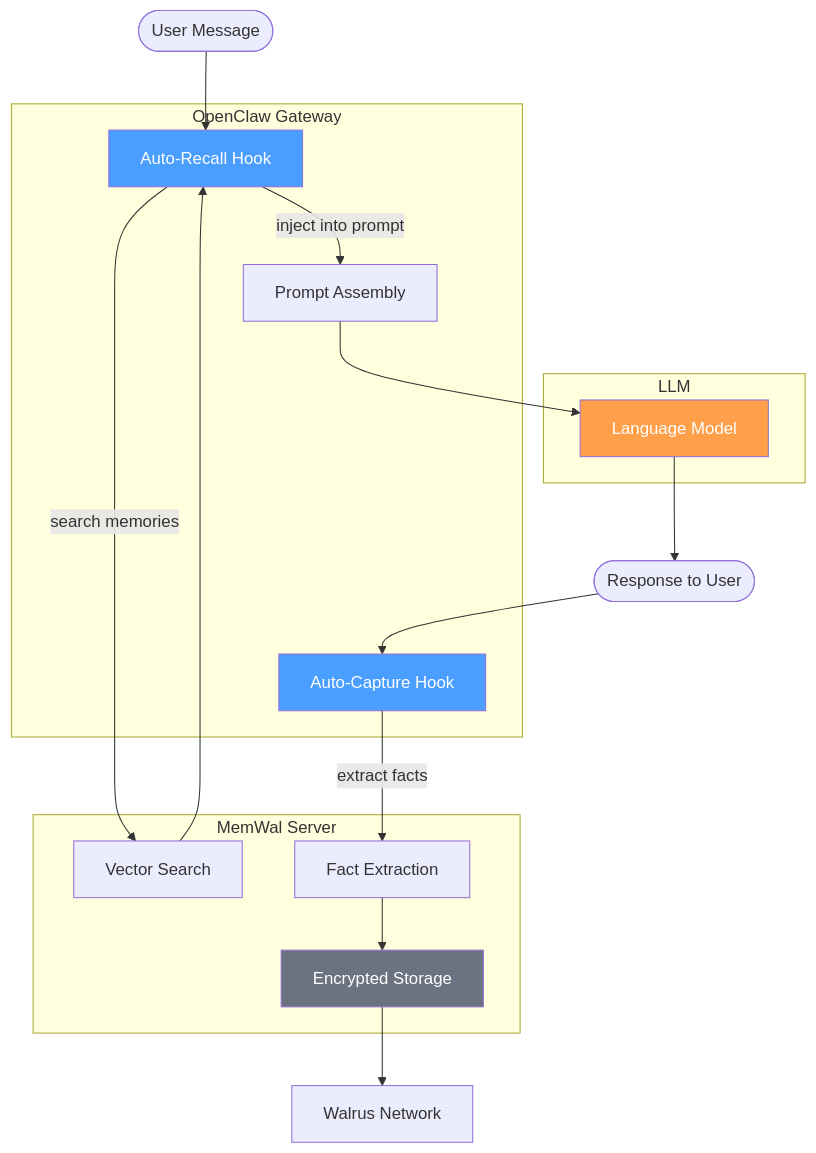
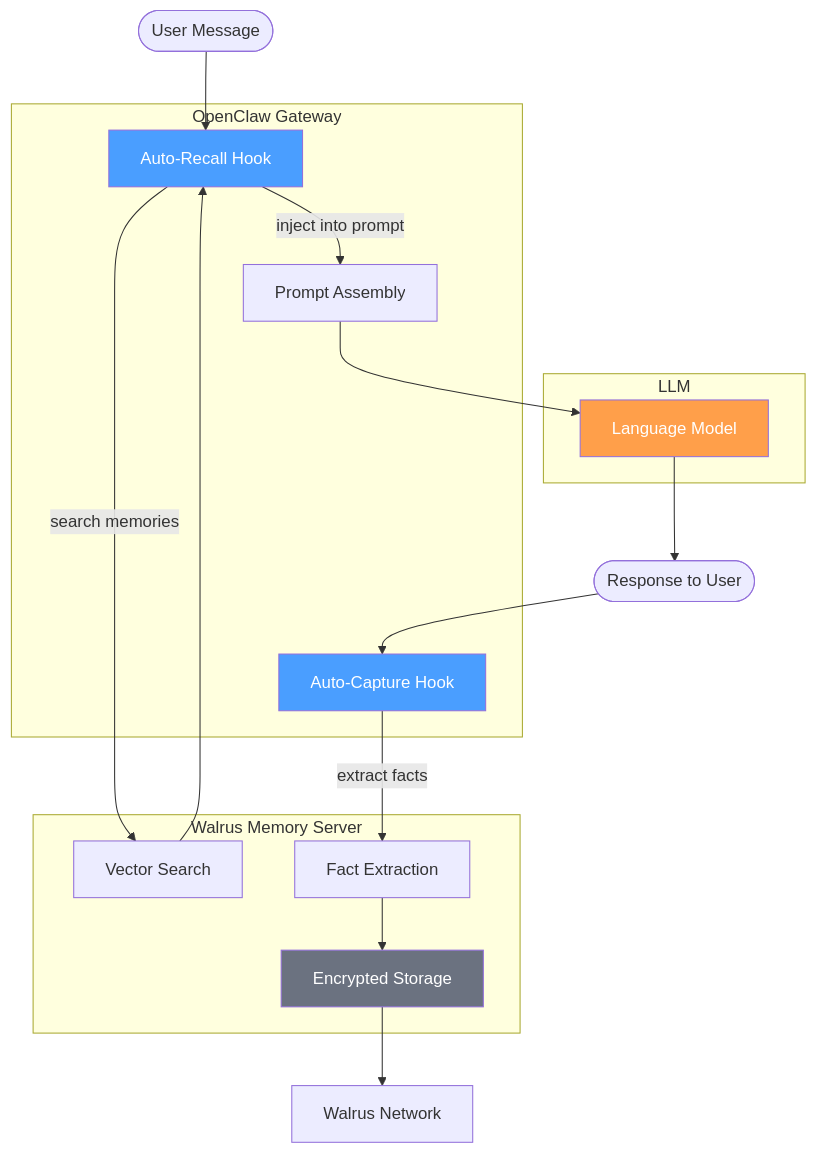
Before and after one commit to MystenLabs/MemWal: the diagram in packages/openclaw-memory-memwal/README.md, drawn with Mermaid. The commit also changed other lines of this file and 143 other files, not shown here.

Commit message:
chore: rebrand harmless text to Walrus Memory

````diff
--- a/packages/openclaw-memory-memwal/README.md
+++ b/packages/openclaw-memory-memwal/README.md
@@ -169,36 +169,36 @@
 ```mermaid
 graph TB
     subgraph "OpenClaw Gateway"
         RECALL["Auto-Recall Hook"]
         PROMPT["Prompt Assembly"]
         CAPTURE["Auto-Capture Hook"]
     end
 
     subgraph "LLM"
         LLM_PROC["Language Model"]
     end
 
-    subgraph "MemWal Server"
+    subgraph "Walrus Memory Server"
         SEARCH["Vector Search"]
         ANALYZE["Fact Extraction"]
         STORE["Encrypted Storage"]
     end
 
     WALRUS["Walrus Network"]
 
     USER([User Message]) --> RECALL
     RECALL -->|"search memories"| SEARCH
     SEARCH --> RECALL
     RECALL -->|"inject into prompt"| PROMPT
     PROMPT --> LLM_PROC
     LLM_PROC --> RESPONSE([Response to User])
     RESPONSE --> CAPTURE
     CAPTURE -->|"extract facts"| ANALYZE
     ANALYZE --> STORE
     STORE --> WALRUS
 
     style RECALL fill:#4a9eff,color:#fff
     style CAPTURE fill:#4a9eff,color:#fff
     style LLM_PROC fill:#ff9f4a,color:#fff
     style STORE fill:#6b7280,color:#fff
 ```
````
